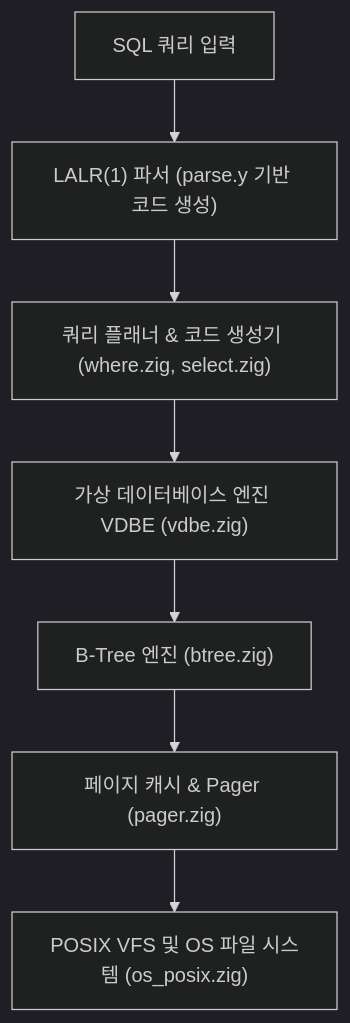
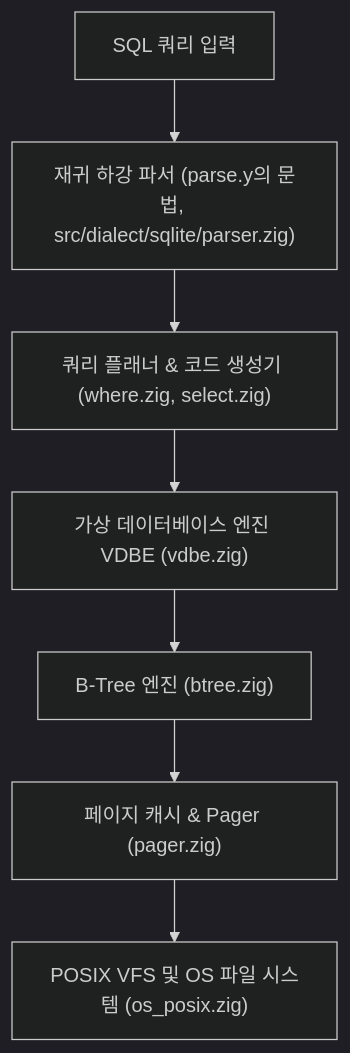
Before and after one commit to ironpark/xqlite: the first of 2 diagrams in docs/sqlite/internals.md, drawn with Mermaid (dark theme). The commit also changed other lines of this file and 72 other files, not shown here.

````diff
--- a/docs/sqlite/internals.md
+++ b/docs/sqlite/internals.md
@@ -11,9 +11,9 @@
 ```mermaid
 flowchart TD
-    SQL["SQL 쿼리 입력"] --> Parser["LALR(1) 파서 (parse.y 기반 코드 생성)"]
+    SQL["SQL 쿼리 입력"] --> Parser["재귀 하강 파서 (parse.y의 문법, src/dialect/sqlite/parser.zig)"]
     Parser --> Planner["쿼리 플래너 & 코드 생성기 (where.zig, select.zig)"]
     Planner --> VDBE["가상 데이터베이스 엔진 VDBE (vdbe.zig)"]
     VDBE --> BTree["B-Tree 엔진 (btree.zig)"]
     BTree --> Pager["페이지 캐시 & Pager (pager.zig)"]
     Pager --> OS["POSIX VFS 및 OS 파일 시스템 (os_posix.zig)"]
 ```
````
